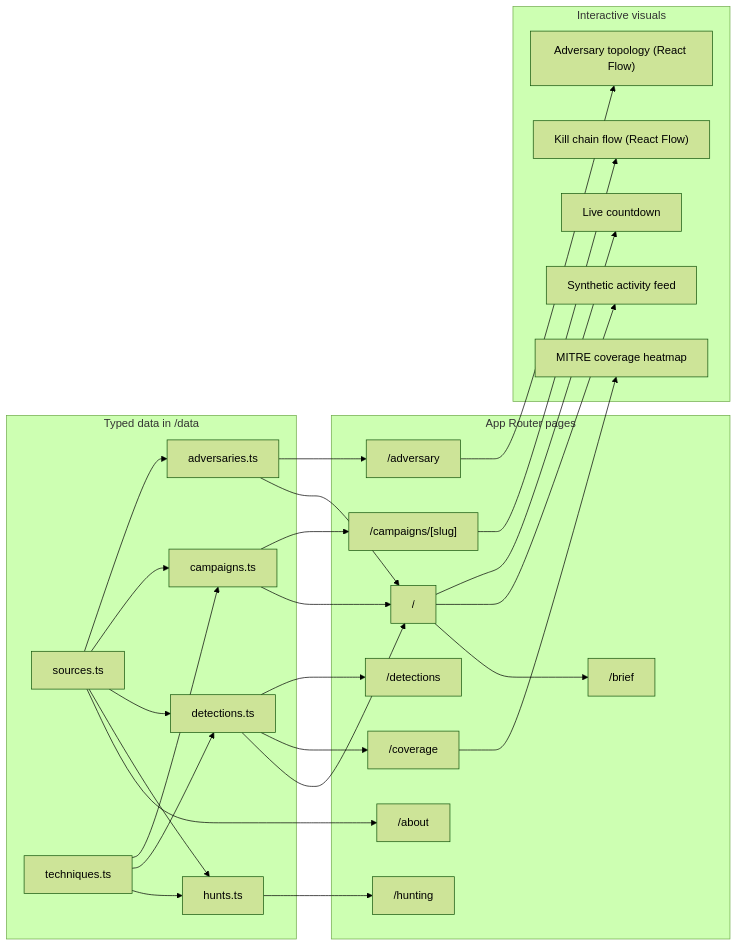
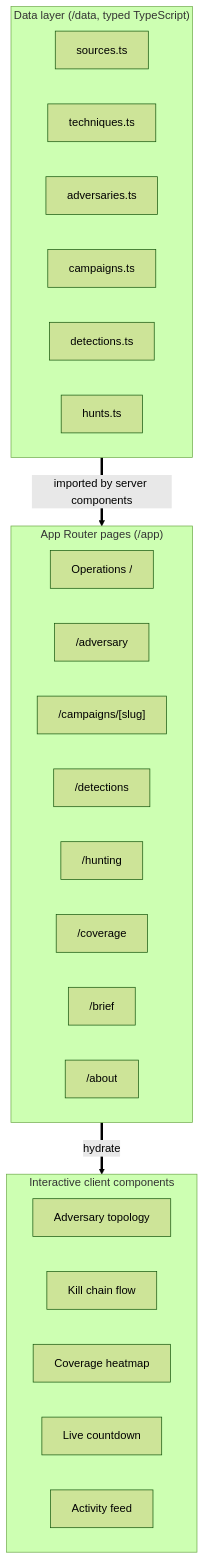
The diagram in README.md (abrar-sarwar/glint), drawn with Mermaid (forest theme) before and after one commit. The commit also changed other lines of this file, not shown here.

Commit message:
docs: simplify README architecture diagram
The previous diagram mixed two relationship types (data imported by
page, page contains component) and ended up with crossed edges. New
version is three stacked layers with one thick arrow between each.
Internal nodes are listed but not cross-linked. The paragraph below
the diagram now notes the citation-registry role of sources.ts.

````diff
--- a/README.md
+++ b/README.md
@@ -55,56 +55,36 @@
 ```mermaid
-flowchart LR
-    subgraph data [Typed data in /data]
+flowchart TB
+    subgraph data ["Data layer (/data, typed TypeScript)"]
+        direction LR
         S[sources.ts]
         T[techniques.ts]
         A[adversaries.ts]
         C[campaigns.ts]
         D[detections.ts]
         H[hunts.ts]
     end
 
-    subgraph pages [App Router pages]
-        OPS["/"]
+    subgraph pages ["App Router pages (/app)"]
+        direction LR
+        OPS["Operations /"]
         ADV["/adversary"]
         CMP["/campaigns/[slug]"]
         DET["/detections"]
         HNT["/hunting"]
         COV["/coverage"]
         BRF["/brief"]
         ABT["/about"]
     end
 
-    subgraph visuals [Interactive visuals]
-        RF1["Adversary topology (React Flow)"]
-        RF2["Kill chain flow (React Flow)"]
-        HM["MITRE coverage heatmap"]
+    subgraph visuals ["Interactive client components"]
+        direction LR
+        RF1["Adversary topology"]
+        RF2["Kill chain flow"]
+        HM["Coverage heatmap"]
         LC["Live countdown"]
-        FEED["Synthetic activity feed"]
+        FEED["Activity feed"]
     end
 
-    S --> A
-    S --> C
-    S --> D
-    S --> H
-    T --> C
-    T --> D
-    T --> H
-
-    A --> ADV
-    C --> CMP
-    D --> DET
-    D --> COV
-    H --> HNT
-    A --> OPS
-    C --> OPS
-    D --> OPS
-
-    ADV --> RF1
-    CMP --> RF2
-    COV --> HM
-    OPS --> LC
-    OPS --> FEED
-
-    OPS --> BRF
-    S --> ABT
+    data ==>|imported by server components| pages
+    pages ==>|hydrate| visuals
 ```
````
